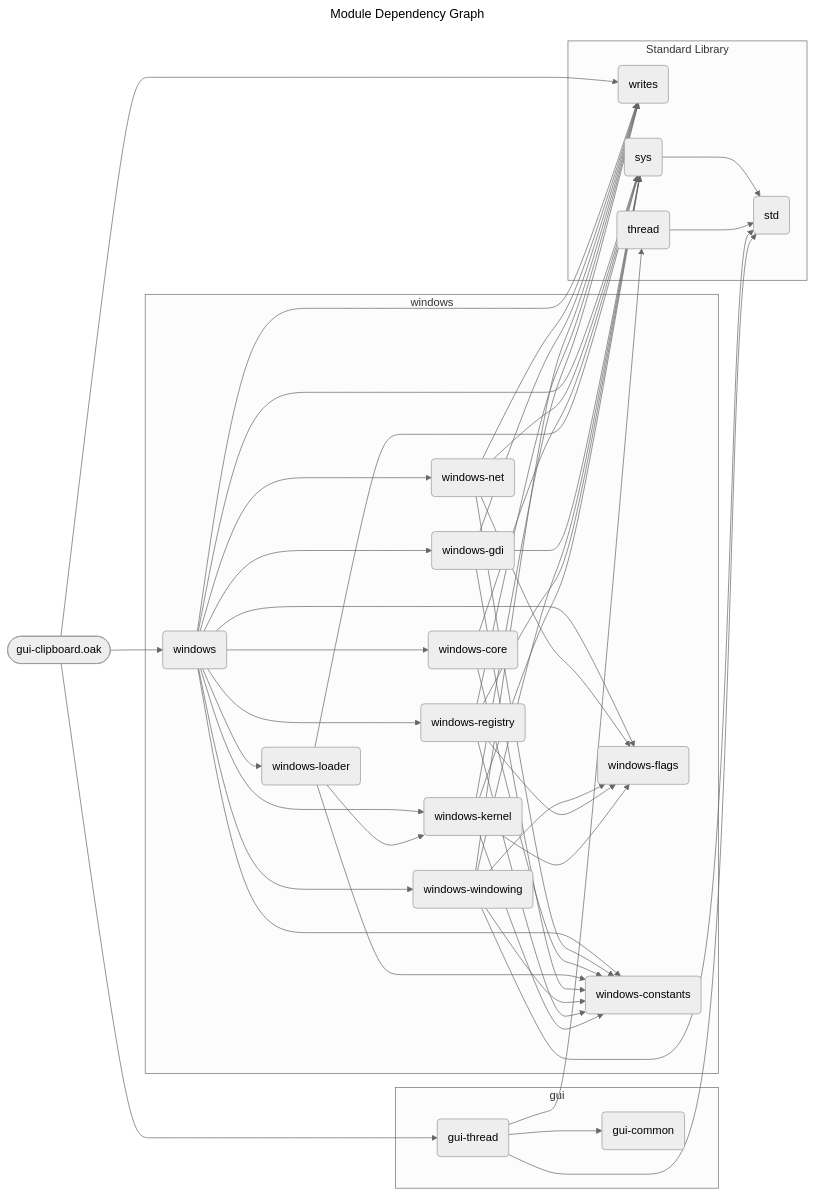
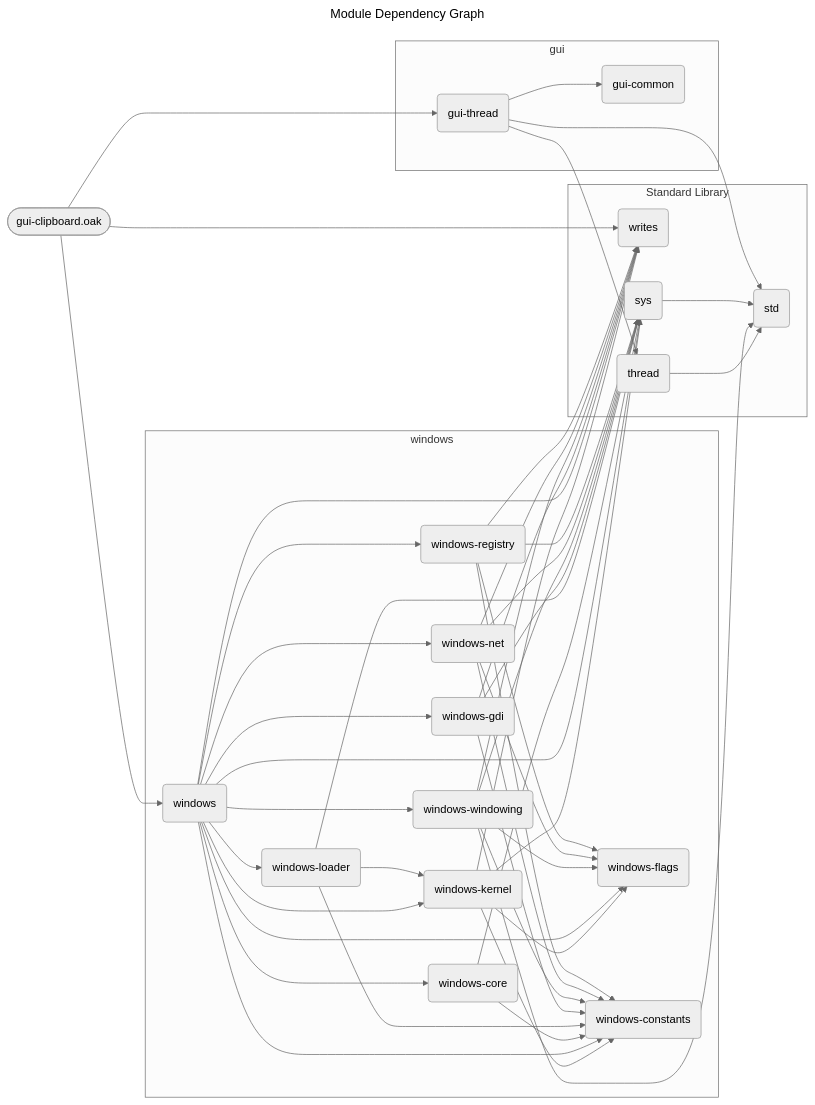
Before and after one commit to SpcFORK/magnolia: the diagram in docs/spec/gui-clipboard.mmd, drawn with Mermaid (neutral theme). The commit also changed other lines of this file and 148 other files, not shown here.

First line of the commit message:
Refactor module dependency graphs and improve code generation

```diff
--- a/docs/spec/gui-clipboard.mmd
+++ b/docs/spec/gui-clipboard.mmd
@@ -1,71 +1,71 @@
 ---
 title: Module Dependency Graph
 ---
 flowchart LR
     lib_gui_clipboard_oak(["gui-clipboard.oak"])
     subgraph stdlib_windows ["windows"]
         windows_flags("windows-flags")
-        windows_kernel("windows-kernel")
         windows_registry("windows-registry")
+        windows_constants("windows-constants")
+        windows_net("windows-net")
         windows_windowing("windows-windowing")
-        windows_constants("windows-constants")
         windows_gdi("windows-gdi")
         windows_loader("windows-loader")
         windows_core("windows-core")
-        windows_net("windows-net")
         windows("windows")
+        windows_kernel("windows-kernel")
     end
     subgraph stdlib_gui ["gui"]
         gui_thread("gui-thread")
         gui_common("gui-common")
     end
     subgraph stdlib_core ["Standard Library"]
+        writes("writes")
+        sys("sys")
+        thread("thread")
         std("std")
-        writes("writes")
-        thread("thread")
-        sys("sys")
     end
-    lib_gui_clipboard_oak --> windows
-    lib_gui_clipboard_oak --> gui_thread
-    lib_gui_clipboard_oak --> writes
-    windows_kernel --> sys
-    windows_kernel --> writes
-    windows_kernel --> windows_constants
-    windows_kernel --> windows_flags
+    gui_thread --> std
+    gui_thread --> thread
+    gui_thread --> gui_common
     windows_registry --> sys
     windows_registry --> writes
     windows_registry --> windows_constants
     windows_registry --> windows_flags
-    gui_thread --> std
-    gui_thread --> thread
-    gui_thread --> gui_common
+    sys --> std
+    windows_net --> sys
+    windows_net --> writes
+    windows_net --> windows_constants
+    windows_net --> windows_flags
     windows_windowing --> sys
     windows_windowing --> writes
     windows_windowing --> windows_constants
     windows_windowing --> windows_flags
     windows_windowing --> std
+    thread --> std
+    lib_gui_clipboard_oak --> windows
+    lib_gui_clipboard_oak --> gui_thread
+    lib_gui_clipboard_oak --> writes
     windows_gdi --> sys
     windows_gdi --> writes
     windows_gdi --> windows_constants
     windows_loader --> sys
     windows_loader --> windows_constants
     windows_loader --> windows_kernel
     windows_core --> sys
     windows_core --> windows_constants
-    windows_net --> sys
-    windows_net --> writes
-    windows_net --> windows_constants
-    windows_net --> windows_flags
-    thread --> std
-    sys --> std
     windows --> sys
     windows --> writes
     windows --> windows_constants
     windows --> windows_flags
     windows --> windows_registry
     windows --> windows_net
     windows --> windows_windowing
     windows --> windows_gdi
     windows --> windows_kernel
     windows --> windows_loader
     windows --> windows_core
+    windows_kernel --> sys
+    windows_kernel --> writes
+    windows_kernel --> windows_constants
+    windows_kernel --> windows_flags
```
